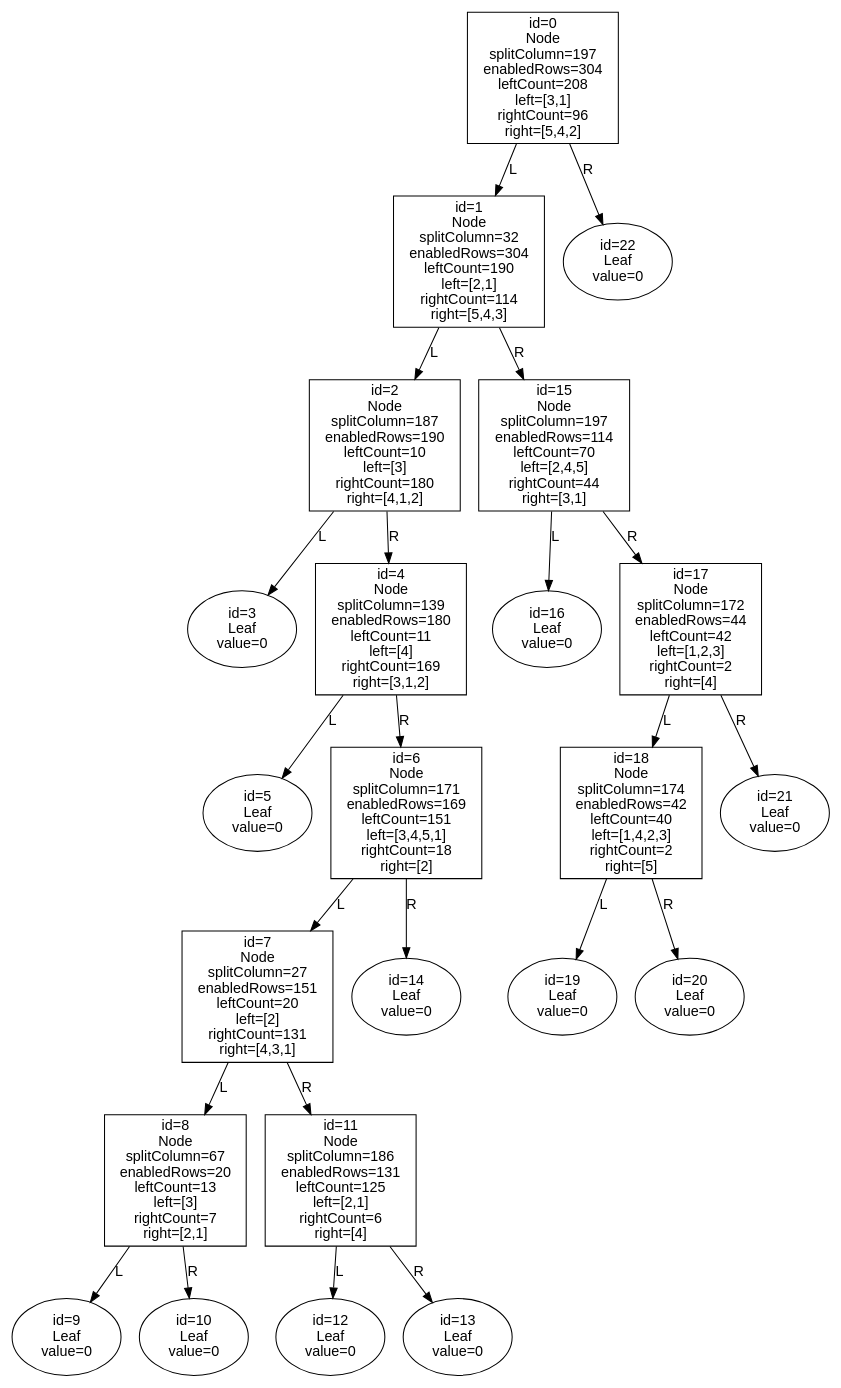
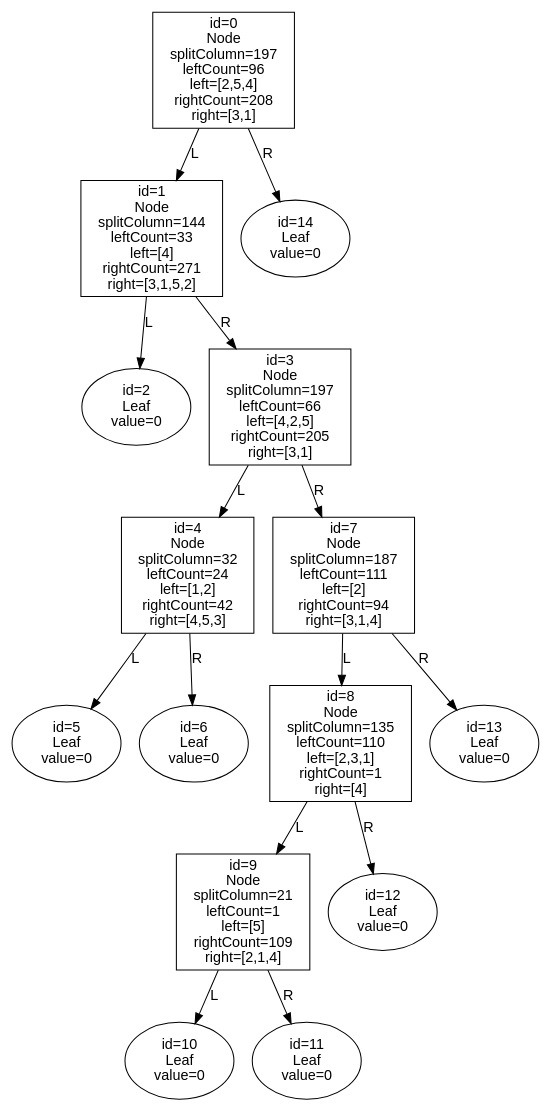
The diagram in modelbuilder_tree.dot (nathanjrussell/ModelBuilder), drawn with Graphviz before and after one commit. The commit also changed 11 other files, not shown here.

```diff
--- a/modelbuilder_tree.dot
+++ b/modelbuilder_tree.dot
@@ -1,50 +1,34 @@
 digraph LeftTree {
   rankdir=TB;
   node [shape=box, fontname="Helvetica"];
   edge [fontname="Helvetica"];
-  n0 [shape=box, label="id=0\nNode\nsplitColumn=197\nenabledRows=304\nleftCount=208\nleft=[3,1]\nrightCount=96\nright=[5,4,2]"];
-  n1 [shape=box, label="id=1\nNode\nsplitColumn=32\nenabledRows=304\nleftCount=190\nleft=[2,1]\nrightCount=114\nright=[5,4,3]"];
-  n2 [shape=box, label="id=2\nNode\nsplitColumn=187\nenabledRows=190\nleftCount=10\nleft=[3]\nrightCount=180\nright=[4,1,2]"];
-  n3 [shape=ellipse, label="id=3\nLeaf\nvalue=0"];
-  n4 [shape=box, label="id=4\nNode\nsplitColumn=139\nenabledRows=180\nleftCount=11\nleft=[4]\nrightCount=169\nright=[3,1,2]"];
+  n0 [shape=box, label="id=0\nNode\nsplitColumn=197\nleftCount=96\nleft=[2,5,4]\nrightCount=208\nright=[3,1]"];
+  n1 [shape=box, label="id=1\nNode\nsplitColumn=144\nleftCount=33\nleft=[4]\nrightCount=271\nright=[3,1,5,2]"];
+  n2 [shape=ellipse, label="id=2\nLeaf\nvalue=0"];
+  n3 [shape=box, label="id=3\nNode\nsplitColumn=197\nleftCount=66\nleft=[4,2,5]\nrightCount=205\nright=[3,1]"];
+  n4 [shape=box, label="id=4\nNode\nsplitColumn=32\nleftCount=24\nleft=[1,2]\nrightCount=42\nright=[4,5,3]"];
   n5 [shape=ellipse, label="id=5\nLeaf\nvalue=0"];
-  n6 [shape=box, label="id=6\nNode\nsplitColumn=171\nenabledRows=169\nleftCount=151\nleft=[3,4,5,1]\nrightCount=18\nright=[2]"];
-  n7 [shape=box, label="id=7\nNode\nsplitColumn=27\nenabledRows=151\nleftCount=20\nleft=[2]\nrightCount=131\nright=[4,3,1]"];
-  n8 [shape=box, label="id=8\nNode\nsplitColumn=67\nenabledRows=20\nleftCount=13\nleft=[3]\nrightCount=7\nright=[2,1]"];
-  n9 [shape=ellipse, label="id=9\nLeaf\nvalue=0"];
+  n6 [shape=ellipse, label="id=6\nLeaf\nvalue=0"];
+  n7 [shape=box, label="id=7\nNode\nsplitColumn=187\nleftCount=111\nleft=[2]\nrightCount=94\nright=[3,1,4]"];
+  n8 [shape=box, label="id=8\nNode\nsplitColumn=135\nleftCount=110\nleft=[2,3,1]\nrightCount=1\nright=[4]"];
+  n9 [shape=box, label="id=9\nNode\nsplitColumn=21\nleftCount=1\nleft=[5]\nrightCount=109\nright=[2,1,4]"];
   n10 [shape=ellipse, label="id=10\nLeaf\nvalue=0"];
-  n11 [shape=box, label="id=11\nNode\nsplitColumn=186\nenabledRows=131\nleftCount=125\nleft=[2,1]\nrightCount=6\nright=[4]"];
+  n11 [shape=ellipse, label="id=11\nLeaf\nvalue=0"];
   n12 [shape=ellipse, label="id=12\nLeaf\nvalue=0"];
   n13 [shape=ellipse, label="id=13\nLeaf\nvalue=0"];
   n14 [shape=ellipse, label="id=14\nLeaf\nvalue=0"];
-  n15 [shape=box, label="id=15\nNode\nsplitColumn=197\nenabledRows=114\nleftCount=70\nleft=[2,4,5]\nrightCount=44\nright=[3,1]"];
-  n16 [shape=ellipse, label="id=16\nLeaf\nvalue=0"];
-  n17 [shape=box, label="id=17\nNode\nsplitColumn=172\nenabledRows=44\nleftCount=42\nleft=[1,2,3]\nrightCount=2\nright=[4]"];
-  n18 [shape=box, label="id=18\nNode\nsplitColumn=174\nenabledRows=42\nleftCount=40\nleft=[1,4,2,3]\nrightCount=2\nright=[5]"];
-  n19 [shape=ellipse, label="id=19\nLeaf\nvalue=0"];
-  n20 [shape=ellipse, label="id=20\nLeaf\nvalue=0"];
-  n21 [shape=ellipse, label="id=21\nLeaf\nvalue=0"];
-  n22 [shape=ellipse, label="id=22\nLeaf\nvalue=0"];
   n0 -> n1 [label="L"];
-  n0 -> n22 [label="R"];
+  n0 -> n14 [label="R"];
   n1 -> n2 [label="L"];
-  n1 -> n15 [label="R"];
-  n2 -> n3 [label="L"];
-  n2 -> n4 [label="R"];
+  n1 -> n3 [label="R"];
+  n3 -> n4 [label="L"];
+  n3 -> n7 [label="R"];
   n4 -> n5 [label="L"];
   n4 -> n6 [label="R"];
-  n6 -> n7 [label="L"];
-  n6 -> n14 [label="R"];
   n7 -> n8 [label="L"];
-  n7 -> n11 [label="R"];
+  n7 -> n13 [label="R"];
   n8 -> n9 [label="L"];
-  n8 -> n10 [label="R"];
-  n11 -> n12 [label="L"];
-  n11 -> n13 [label="R"];
-  n15 -> n16 [label="L"];
-  n15 -> n17 [label="R"];
-  n17 -> n18 [label="L"];
-  n17 -> n21 [label="R"];
-  n18 -> n19 [label="L"];
-  n18 -> n20 [label="R"];
+  n8 -> n12 [label="R"];
+  n9 -> n10 [label="L"];
+  n9 -> n11 [label="R"];
 }
```
